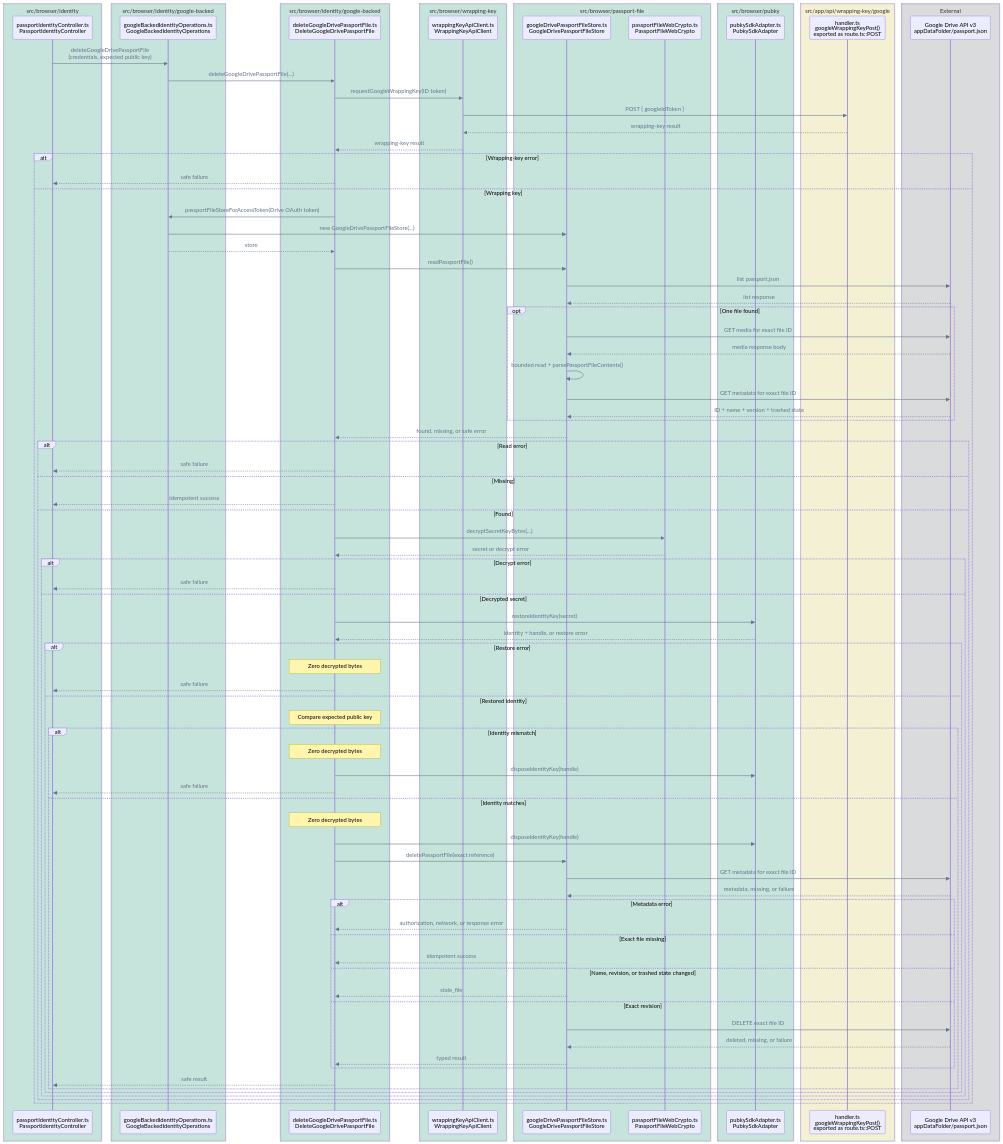
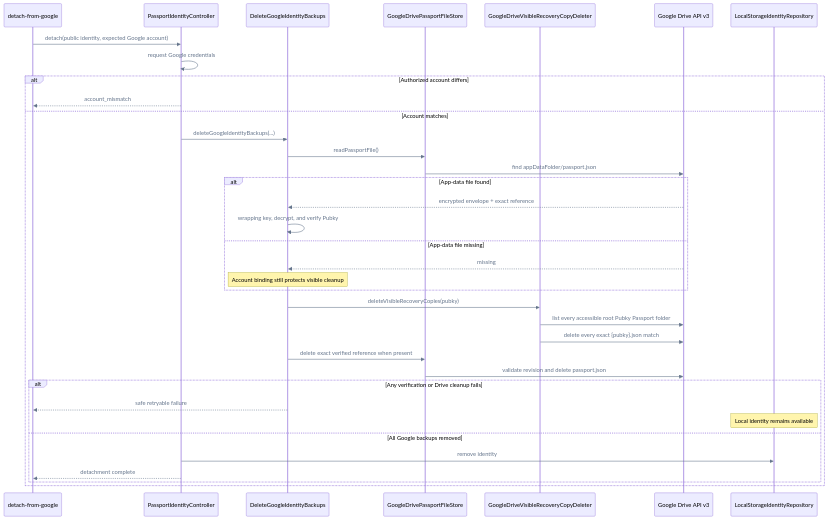
Diagram 12 of 14 in FLOWS.md (pubky/pubky-passport), drawn with Mermaid before and after one commit. The commit also changed other lines of this file and 29 other files, not shown here.

Commit message:
feat: implement backup gate and Google detachment flow

````diff
--- a/FLOWS.md
+++ b/FLOWS.md
@@ -646,99 +646,42 @@
 ```mermaid
 %%{init: {"themeVariables": {"signalColor": "#64748B", "signalTextColor": "#64748B"}}}%%
 sequenceDiagram
-    accTitle: Development Google Drive Passport file deletion call flow
-    accDescr: After the authorization-code exchange returns credentials, the identity controller dispatches the explicit delete action to DeleteGoogleDrivePassportFile.
-    box rgba(0, 158, 115, 0.18) src/browser/identity
-        participant Controller as passportIdentityController.ts<br/>PassportIdentityController
-    end
-    box rgba(0, 158, 115, 0.18) src/browser/identity/google-backed
-        participant Operations as googleBackedIdentityOperations.ts<br/>GoogleBackedIdentityOperations
-    end
-    box rgba(0, 158, 115, 0.18) src/browser/identity/google-backed
-        participant Delete as deleteGoogleDrivePassportFile.ts<br/>DeleteGoogleDrivePassportFile
-    end
-    box rgba(0, 158, 115, 0.18) src/browser/wrapping-key
-        participant Wrapping as wrappingKeyApiClient.ts<br/>WrappingKeyApiClient
-    end
-    box rgba(0, 158, 115, 0.18) src/browser/passport-file
-        participant DriveStore as googleDrivePassportFileStore.ts<br/>GoogleDrivePassportFileStore
-        participant Crypto as passportFileWebCrypto.ts<br/>PassportFileWebCrypto
-    end
-    box rgba(0, 158, 115, 0.18) src/browser/pubky
-        participant Pubky as pubkySdkAdapter.ts<br/>PubkySdkAdapter
-    end
-    box rgba(240, 228, 66, 0.18) src/app/api/wrapping-key/google
-        participant WrappingAPI as handler.ts<br/>googleWrappingKeyPost()<br/>exported as route.ts::POST
-    end
-    box rgba(17, 24, 39, 0.12) External
-        participant Drive as Google Drive API v3<br/>appDataFolder/passport.json
-    end
+    accTitle: Detach a Pubky identity from Google
+    accDescr: Passport verifies the account and identity, deletes every Google backup, and clears the local identity last.
+    participant UI as detach-from-google
+    participant Controller as PassportIdentityController
+    participant Delete as DeleteGoogleIdentityBackups
+    participant AppData as GoogleDrivePassportFileStore
+    participant Visible as GoogleDriveVisibleRecoveryCopyDeleter
+    participant Drive as Google Drive API v3
+    participant Local as LocalStorageIdentityRepository
 
-    Controller->>Operations: deleteGoogleDrivePassportFile<br/>(credentials, expected public key)
-    Operations->>Delete: deleteGoogleDrivePassportFile(...)
-    Delete->>Wrapping: requestGoogleWrappingKey(ID token)
-    Wrapping->>WrappingAPI: POST { googleIdToken }
-    WrappingAPI-->>Wrapping: wrapping-key result
-    Wrapping-->>Delete: wrapping-key result
-    alt Wrapping-key error
-        Delete-->>Controller: safe failure
-    else Wrapping key
-        Delete->>Operations: passportFileStoreForAccessToken(Drive OAuth token)
-        Operations->>DriveStore: new GoogleDrivePassportFileStore(...)
-        Operations-->>Delete: store
-        Delete->>DriveStore: readPassportFile()
-        DriveStore->>Drive: list passport.json
-        Drive-->>DriveStore: list response
-        opt One file found
-            DriveStore->>Drive: GET media for exact file ID
-            Drive-->>DriveStore: media response body
-            DriveStore->>DriveStore: bounded read + parsePassportFileContents()
-            DriveStore->>Drive: GET metadata for exact file ID
-            Drive-->>DriveStore: ID + name + version + trashed state
+    UI->>Controller: detach(public identity, expected Google account)
+    Controller->>Controller: request Google credentials
+    alt Authorized account differs
+        Controller-->>UI: account_mismatch
+    else Account matches
+        Controller->>Delete: deleteGoogleIdentityBackups(...)
+        Delete->>AppData: readPassportFile()
+        AppData->>Drive: find appDataFolder/passport.json
+        alt App-data file found
+            Drive-->>Delete: encrypted envelope + exact reference
+            Delete->>Delete: wrapping key, decrypt, and verify Pubky
+        else App-data file missing
+            Drive-->>Delete: missing
+            Note over Delete: Account binding still protects visible cleanup
         end
-        DriveStore-->>Delete: found, missing, or safe error
-        alt Read error
-            Delete-->>Controller: safe failure
-        else Missing
-            Delete-->>Controller: idempotent success
-        else Found
-            Delete->>Crypto: decryptSecretKeyBytes(...)
-            Crypto-->>Delete: secret or decrypt error
-            alt Decrypt error
-                Delete-->>Controller: safe failure
-            else Decrypted secret
-                Delete->>Pubky: restoreIdentityKey(secret)
-                Pubky-->>Delete: identity + handle, or restore error
-                alt Restore error
-            Note over Delete: Zero decrypted bytes
-                    Delete-->>Controller: safe failure
-                else Restored identity
-                    Note over Delete: Compare expected public key
-                    alt Identity mismatch
-                        Note over Delete: Zero decrypted bytes
-                        Delete->>Pubky: disposeIdentityKey(handle)
-                        Delete-->>Controller: safe failure
-                    else Identity matches
-                        Note over Delete: Zero decrypted bytes
-                        Delete->>Pubky: disposeIdentityKey(handle)
-                        Delete->>DriveStore: deletePassportFile(exact reference)
-                        DriveStore->>Drive: GET metadata for exact file ID
-                        Drive-->>DriveStore: metadata, missing, or failure
-                        alt Metadata error
-                            DriveStore-->>Delete: authorization, network, or response error
-                        else Exact file missing
-                            DriveStore-->>Delete: idempotent success
-                        else Name, revision, or trashed state changed
-                            DriveStore-->>Delete: stale_file
-                        else Exact revision
-                            DriveStore->>Drive: DELETE exact file ID
-                            Drive-->>DriveStore: deleted, missing, or failure
-                            DriveStore-->>Delete: typed result
-                        end
-                        Delete-->>Controller: safe result
-                    end
-                end
-            end
+        Delete->>Visible: deleteVisibleRecoveryCopies(pubky)
+        Visible->>Drive: list every accessible root Pubky Passport folder
+        Visible->>Drive: delete every exact {pubky}.json match
+        Delete->>AppData: delete exact verified reference when present
+        AppData->>Drive: validate revision and delete passport.json
+        alt Any verification or Drive cleanup fails
+            Delete-->>UI: safe retryable failure
+            Note over Local: Local identity remains available
+        else All Google backups removed
+            Controller->>Local: remove identity
+            Controller-->>UI: detachment complete
         end
     end
 ```
````
